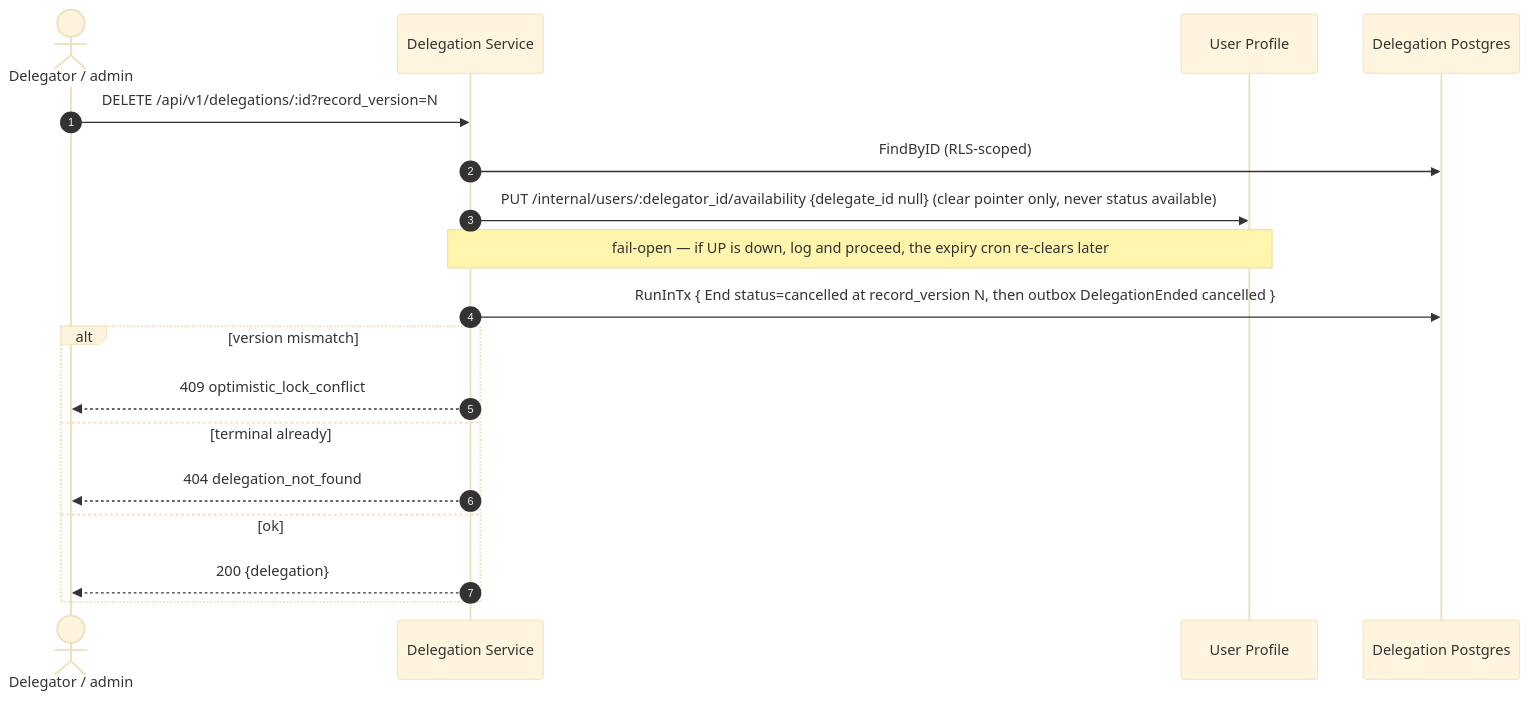
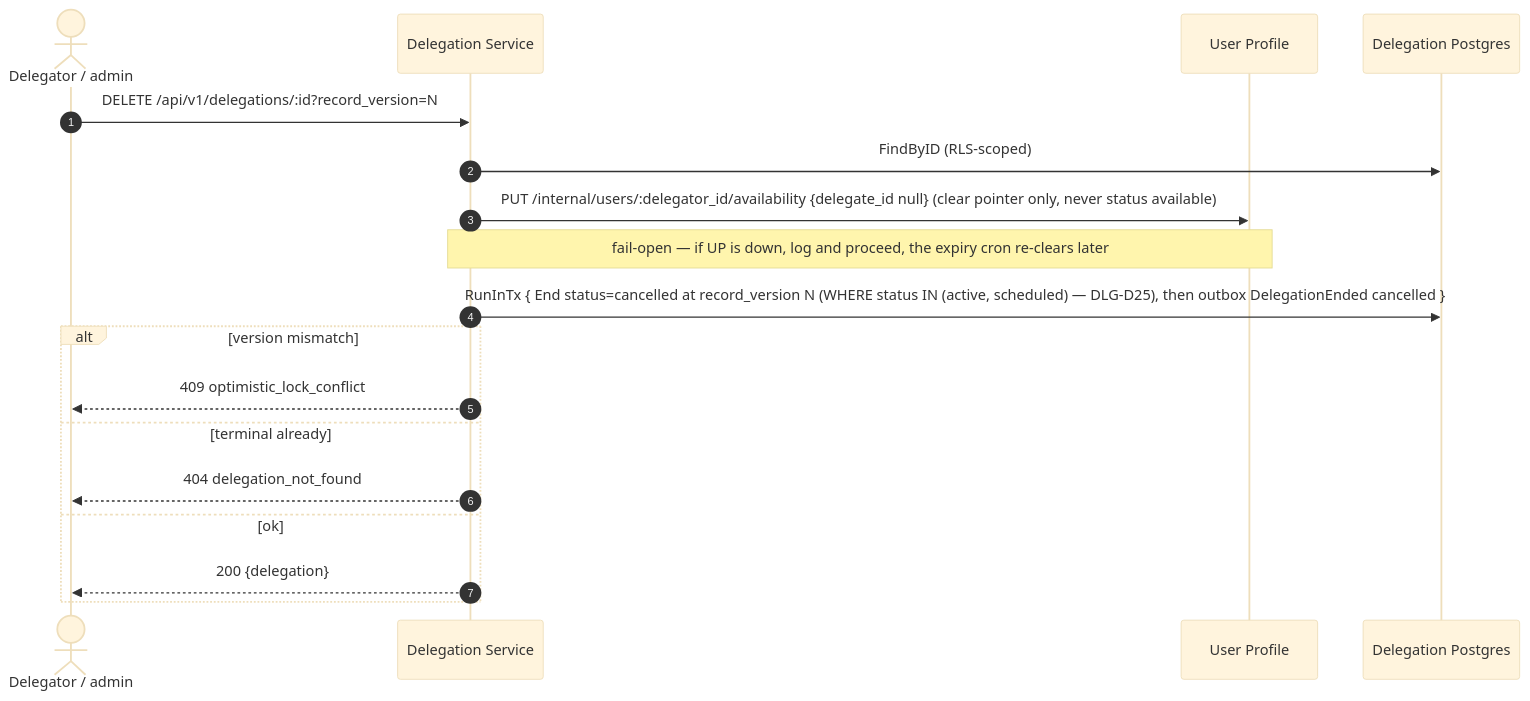
One commit to BCBP-SOLUTIONS-FZC-LLC/iam-delegation changed the fifth of 9 diagrams in docs/lld/iam-lld-delegation-service.md. Above: the diagram before and after it, drawn with Mermaid (base theme). The commit also changed other lines of this file and 21 other files, not shown here.

````diff
--- a/docs/lld/iam-lld-delegation-service.md
+++ b/docs/lld/iam-lld-delegation-service.md
@@ -854,21 +891,21 @@
 ```mermaid
 sequenceDiagram
     autonumber
     actor U as Delegator / admin
     participant DLG as Delegation Service
     participant UP as User Profile
     participant PG as Delegation Postgres
 
     U->>DLG: DELETE /api/v1/delegations/:id?record_version=N
     DLG->>PG: FindByID (RLS-scoped)
     DLG->>UP: PUT /internal/users/:delegator_id/availability {delegate_id null} (clear pointer only, never status available)
     Note over DLG,UP: fail-open — if UP is down, log and proceed, the expiry cron re-clears later
-    DLG->>PG: RunInTx { End status=cancelled at record_version N, then outbox DelegationEnded cancelled }
+    DLG->>PG: RunInTx { End status=cancelled at record_version N (WHERE status IN (active, scheduled) — DLG-D25), then outbox DelegationEnded cancelled }
     alt version mismatch
         DLG-->>U: 409 optimistic_lock_conflict
     else terminal already
         DLG-->>U: 404 delegation_not_found
     else ok
         DLG-->>U: 200 {delegation}
     end
 ```
````
